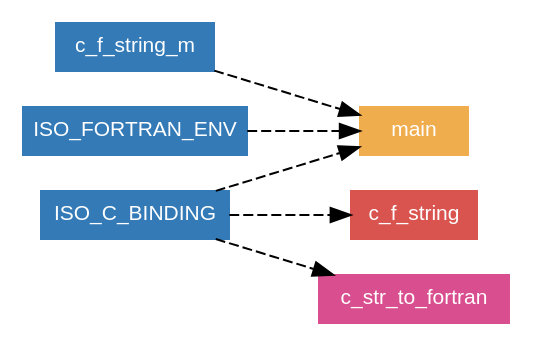
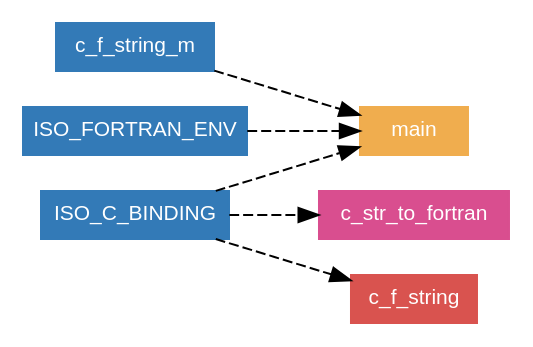
One commit to sourceryinstitute/fidbits changed the diagram in src/interoperable-strings/img/module~~graph~~ModuleGraph.gv. Above: the diagram before and after it, drawn with Graphviz. The commit also changed other lines of this file and 10 other files, not shown here.

```diff
--- a/src/interoperable-strings/img/module~~graph~~ModuleGraph.gv
+++ b/src/interoperable-strings/img/module~~graph~~ModuleGraph.gv
@@ -1,17 +1,17 @@
 digraph "module~~graph~~ModuleGraph" {
 	graph [concentrate=true id="module~~graph~~ModuleGraph" rankdir=LR size="8.90625,1000.0"]
 	node [fontname=Helvetica fontsize=10.5 height=0.0 margin=0.08 shape=box]
 	edge [fontname=Helvetica fontsize=9.5]
 		"module~c_f_string_m" [label=c_f_string_m URL="../module/c_f_string_m.html" color="#337AB7" fontcolor=white style=filled]
 		"program~main" [label=main URL="../program/main.html" color="#f0ad4e" fontcolor=white style=filled]
+		"proc~c_str_to_fortran" [label=c_str_to_fortran URL="../proc/c_str_to_fortran.html" color="#d94e8f" fontcolor=white style=filled]
 		"proc~c_f_string" [label=c_f_string URL="../proc/c_f_string.html" color="#d9534f" fontcolor=white style=filled]
-		"proc~c_str_to_fortran" [label=c_str_to_fortran URL="../proc/c_str_to_fortran.html" color="#d94e8f" fontcolor=white style=filled]
 		graph [size="11.875,1000.0"]
 		ISO_C_BINDING [label=ISO_C_BINDING URL="https://gcc.gnu.org/onlinedocs/gfortran/ISO_005fC_005fBINDING.html" color="#337AB7" fontcolor=white style=filled]
 			ISO_C_BINDING -> "program~main" [color="#000000" style=dashed]
 			"module~c_f_string_m" -> "program~main" [color="#000000" style=dashed]
 		ISO_FORTRAN_ENV [label=ISO_FORTRAN_ENV URL="https://gcc.gnu.org/onlinedocs/gfortran/ISO_005fFORTRAN_005fENV.html" color="#337AB7" fontcolor=white style=filled]
 			ISO_FORTRAN_ENV -> "program~main" [color="#000000" style=dashed]
+			ISO_C_BINDING -> "proc~c_str_to_fortran" [color="#000000" style=dashed]
 			ISO_C_BINDING -> "proc~c_f_string" [color="#000000" style=dashed]
-			ISO_C_BINDING -> "proc~c_str_to_fortran" [color="#000000" style=dashed]
 }
```
